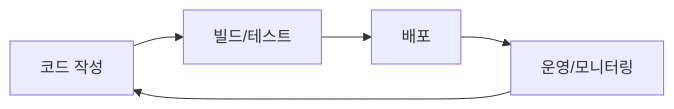
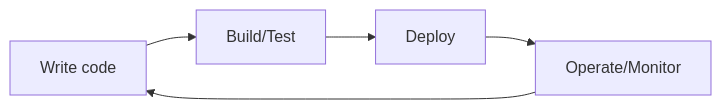
One commit to yeongseon-books/book-content changed the diagram in content/devops-101/ko/01-what-is-devops.md. Above: the diagram before and after it, drawn with Mermaid. The commit also changed other lines of this file and 9 other files, not shown here.

````diff
--- a/content/devops-101/ko/01-what-is-devops.md
+++ b/content/devops-101/ko/01-what-is-devops.md
@@ -35,7 +47,7 @@
 ```mermaid
 flowchart LR
-    Code["코드 작성"] --> Build["빌드/테스트"]
-    Build --> Deploy["배포"]
-    Deploy --> Operate["운영/모니터링"]
+    Code["Write code"] --> Build["Build/Test"]
+    Build --> Deploy["Deploy"]
+    Deploy --> Operate["Operate/Monitor"]
     Operate --> Code
 ```
````
